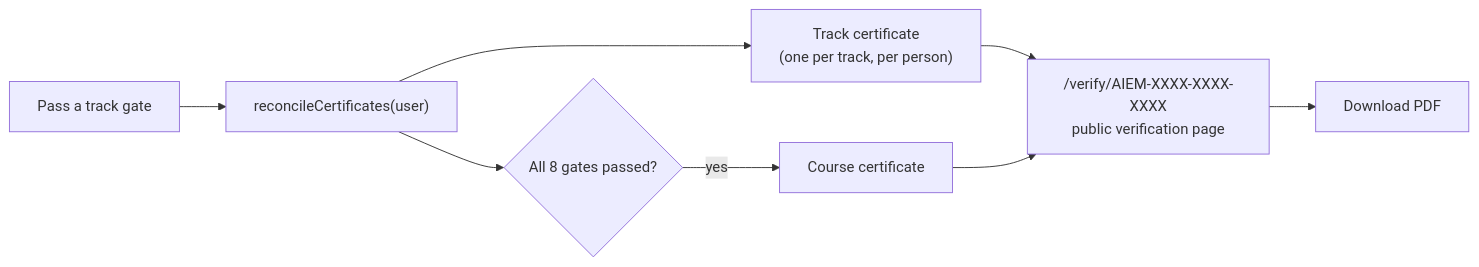
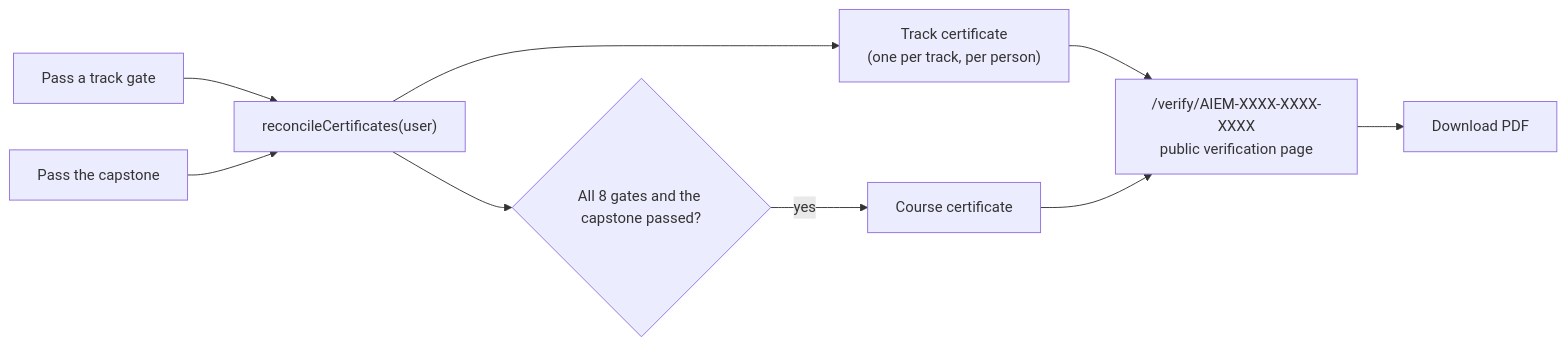
One commit to sairaghukiran14/AIEM changed the first of 5 diagrams in README.md. Above: the diagram before and after it, drawn with Mermaid. The commit also changed other lines of this file and 25 other files, not shown here.

````diff
--- a/README.md
+++ b/README.md
@@ -100,10 +115,11 @@
 ```mermaid
 flowchart LR
     G["Pass a track gate"] --> R["reconcileCertificates(user)"]
+    CAP["Pass the capstone"] --> R
     R --> T["Track certificate<br/>(one per track, per person)"]
-    R --> C{"All 8 gates passed?"}
+    R --> C{"All 8 gates and the capstone passed?"}
     C -- yes --> K["Course certificate"]
     T --> V["/verify/AIEM-XXXX-XXXX-XXXX<br/>public verification page"]
     K --> V
     V --> P["Download PDF"]
 ```
````
